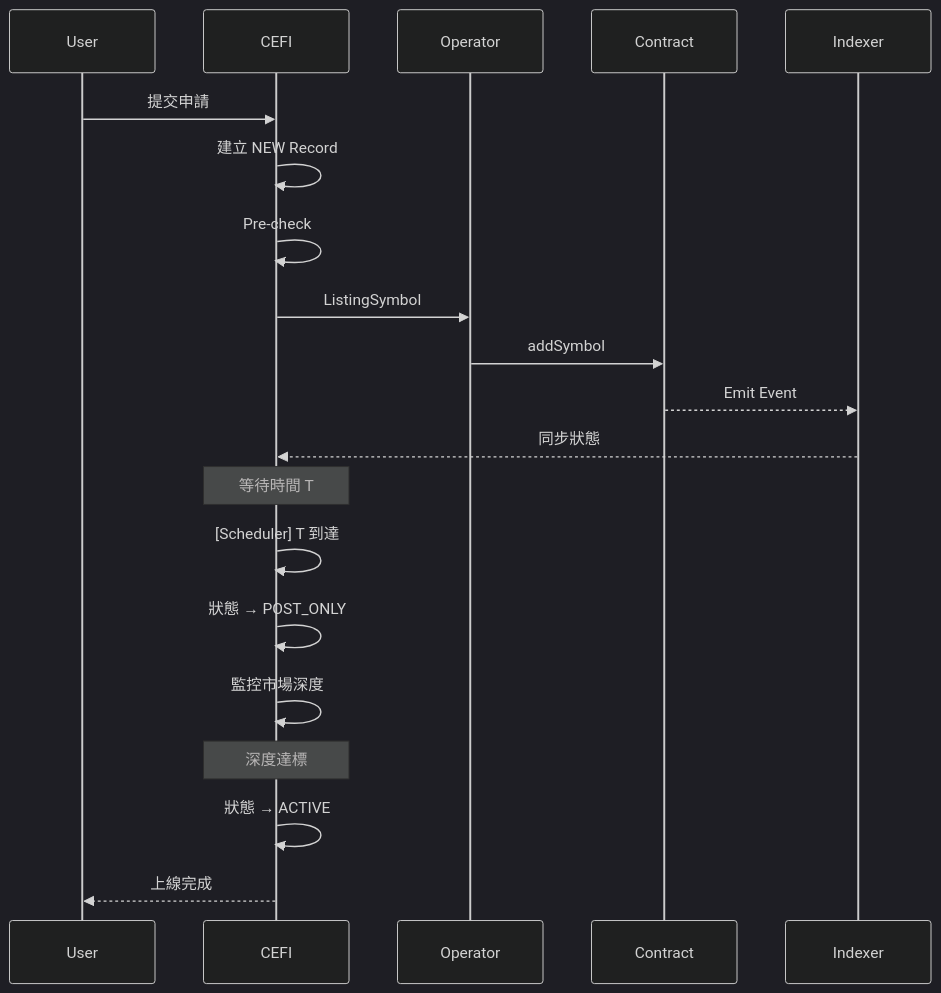
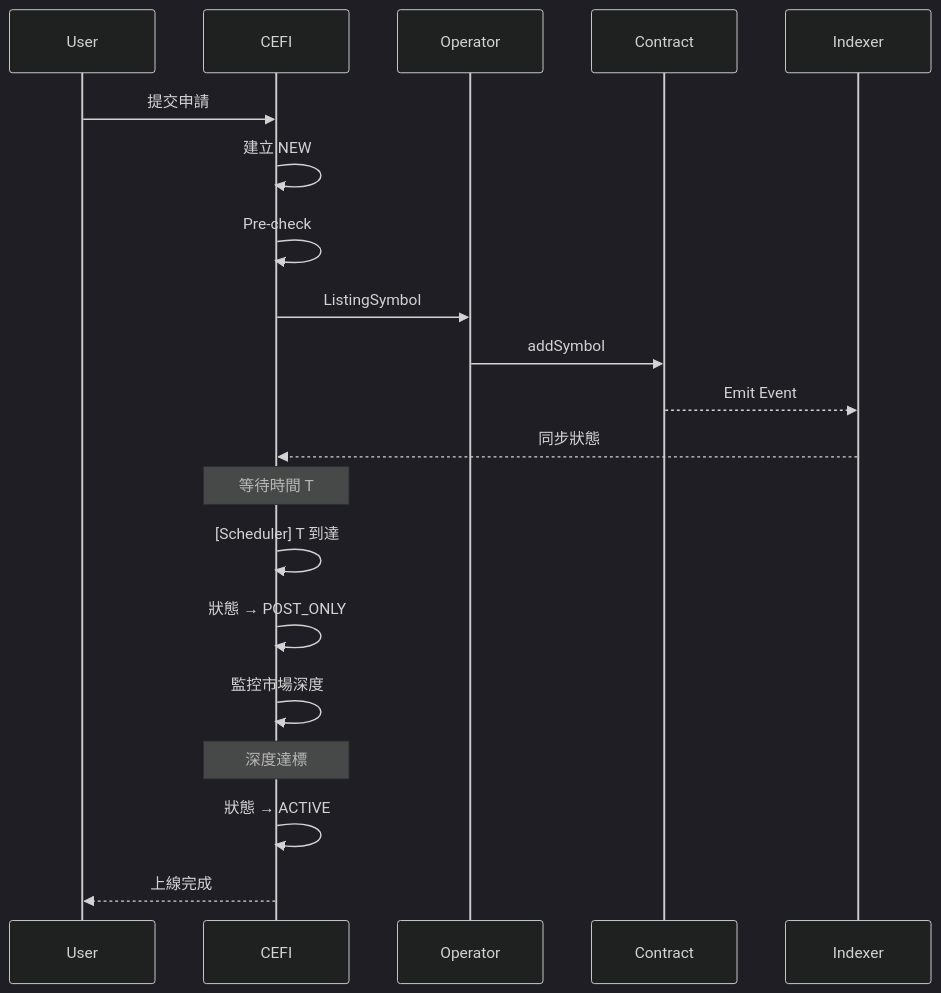
One commit to arthur-orderly/permissionless-listing changed the second of 2 diagrams in Permissionless Listing - Chinese.md. Above: the diagram before and after it, drawn with Mermaid (dark theme). The commit also changed other lines of this file, not shown here.

````diff
--- a/Permissionless Listing - Chinese.md
+++ b/Permissionless Listing - Chinese.md
@@ -182,27 +164,27 @@
 ```mermaid
 sequenceDiagram
     participant User
     participant CEFI
     participant Operator
     participant Contract
     participant Indexer
 
     User->>CEFI: 提交申請
-    CEFI->>CEFI: 建立 NEW Record
+    CEFI->>CEFI: 建立 NEW 
     CEFI->>CEFI: Pre-check
     CEFI->>Operator: ListingSymbol
     Operator->>Contract: addSymbol
     Contract-->>Indexer: Emit Event
     Indexer-->>CEFI: 同步狀態
 
     Note over CEFI: 等待時間 T
 
     CEFI->>CEFI: [Scheduler] T 到達
     CEFI->>CEFI: 狀態 → POST_ONLY
     CEFI->>CEFI: 監控市場深度
 
     Note over CEFI: 深度達標
 
     CEFI->>CEFI: 狀態 → ACTIVE
     CEFI-->>User: 上線完成
 ```
````
